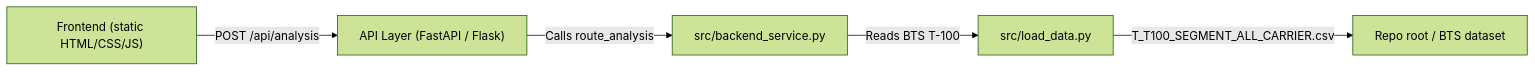
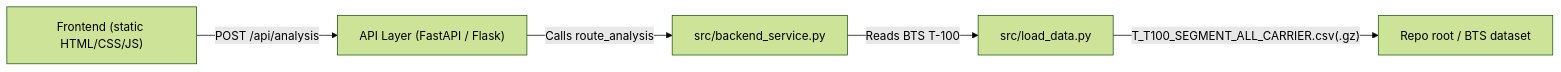
One commit to ldiaz16/Network-Project changed the diagram in docs/ARCHITECTURE.md. Above: the diagram before and after it, drawn with Mermaid (forest theme). The commit also changed other lines of this file and 8 other files, not shown here.

````diff
--- a/docs/ARCHITECTURE.md
+++ b/docs/ARCHITECTURE.md
@@ -3,7 +3,7 @@
 ```mermaid
 flowchart LR
     Browser["Frontend (static HTML/CSS/JS)"] -->|"POST /api/analysis"| API["API Layer (FastAPI / Flask)"]
     API -->|"Calls route_analysis"| Domain["src/backend_service.py"]
     Domain -->|"Reads BTS T-100"| DataStore["src/load_data.py"]
-    DataStore -->|"T_T100_SEGMENT_ALL_CARRIER.csv"| DataDir["Repo root / BTS dataset"]
+    DataStore -->|"T_T100_SEGMENT_ALL_CARRIER.csv(.gz)"| DataDir["Repo root / BTS dataset"]
 ```
````
